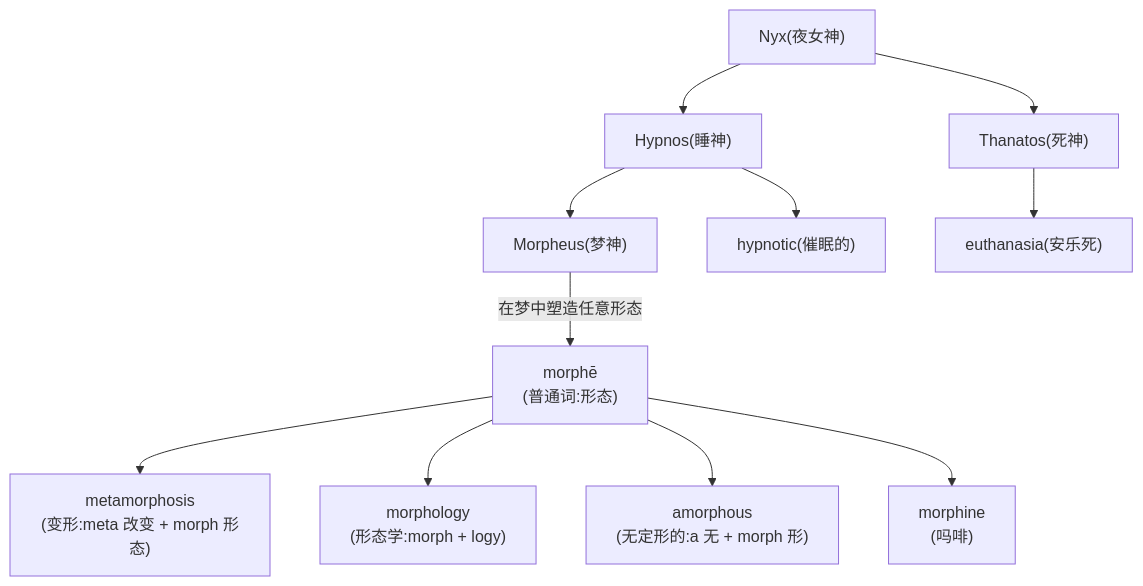
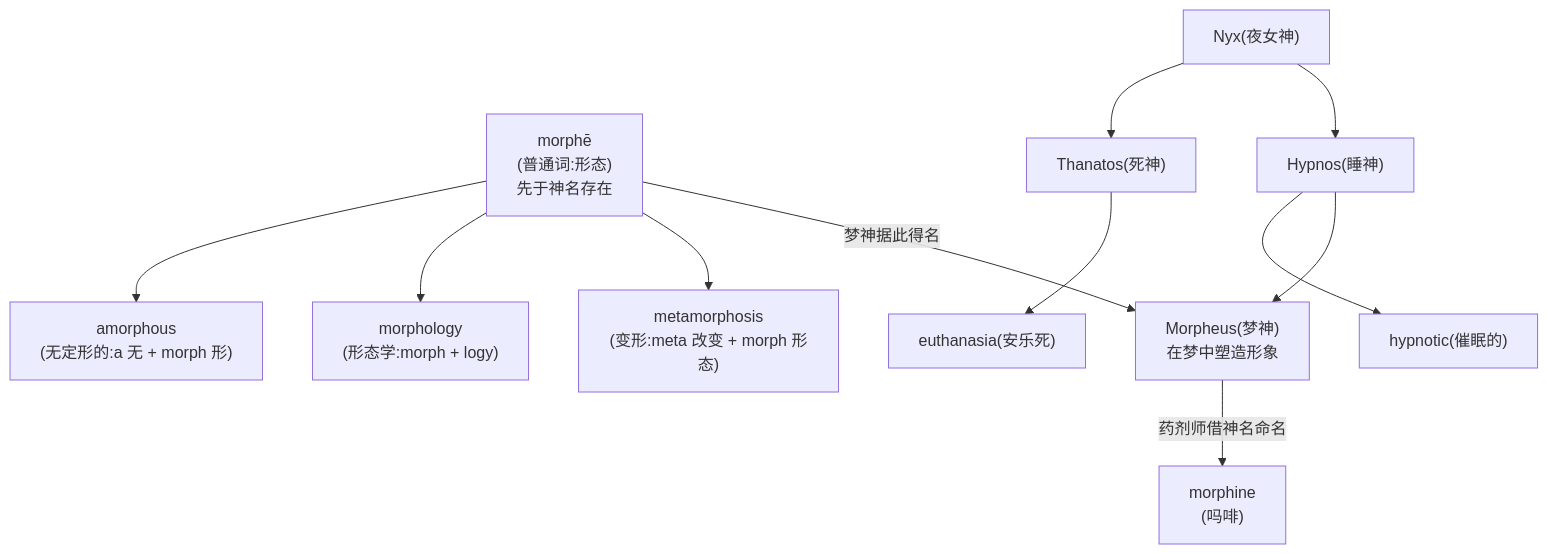
Before and after one commit to swiftczz/roots-affixes-book: the third of 3 diagrams in 03-希腊之光/第17章-众神的词根.md, drawn with Mermaid. The commit also changed other lines of this file and 5 other files, not shown here.

````diff
--- a/03-希腊之光/第17章-众神的词根.md
+++ b/03-希腊之光/第17章-众神的词根.md
@@ -126,14 +126,15 @@
 ```mermaid
 flowchart TD
+    morphe["morphē<br/>(普通词:形态)<br/>先于神名存在"]
+    morphe -->|"梦神据此得名"| morpheus["Morpheus(梦神)<br/>在梦中塑造形象"]
     nyx["Nyx(夜女神)"]
     nyx --> hypnos["Hypnos(睡神)"]
     nyx --> thanatos["Thanatos(死神)"]
-    hypnos --> morpheus["Morpheus(梦神)"]
-    morpheus -->|"在梦中塑造任意形态"| morphe["morphē<br/>(普通词:形态)"]
+    hypnos --> morpheus
     morphe --> m1["metamorphosis<br/>(变形:meta 改变 + morph 形态)"]
     morphe --> m2["morphology<br/>(形态学:morph + logy)"]
     morphe --> m3["amorphous<br/>(无定形的:a 无 + morph 形)"]
-    morphe --> m4["morphine<br/>(吗啡)"]
+    morpheus -->|"药剂师借神名命名"| m4["morphine<br/>(吗啡)"]
     hypnos --> h1["hypnotic(催眠的)"]
     thanatos --> t1["euthanasia(安乐死)"]
 ```
````
